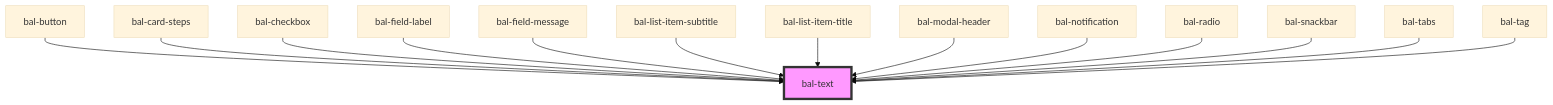
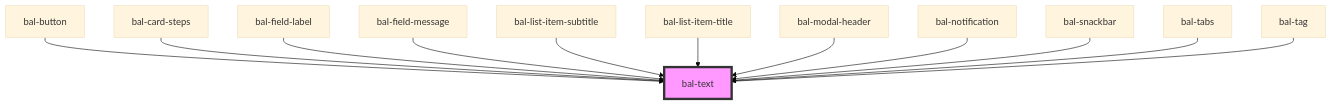
Before and after one commit to baloise/design-system: the diagram in packages/library/src/components/bal-text/readme.md, drawn with Mermaid (base theme). The commit also changed other lines of this file and 4 other files, not shown here.

````diff
--- a/packages/library/src/components/bal-text/readme.md
+++ b/packages/library/src/components/bal-text/readme.md
@@ -35,17 +33,15 @@
 ```mermaid
 graph TD;
   bal-button --> bal-text
   bal-card-steps --> bal-text
-  bal-checkbox --> bal-text
   bal-field-label --> bal-text
   bal-field-message --> bal-text
   bal-list-item-subtitle --> bal-text
   bal-list-item-title --> bal-text
   bal-modal-header --> bal-text
   bal-notification --> bal-text
-  bal-radio --> bal-text
   bal-snackbar --> bal-text
   bal-tabs --> bal-text
   bal-tag --> bal-text
   style bal-text fill:#f9f,stroke:#333,stroke-width:4px
 ```
````
